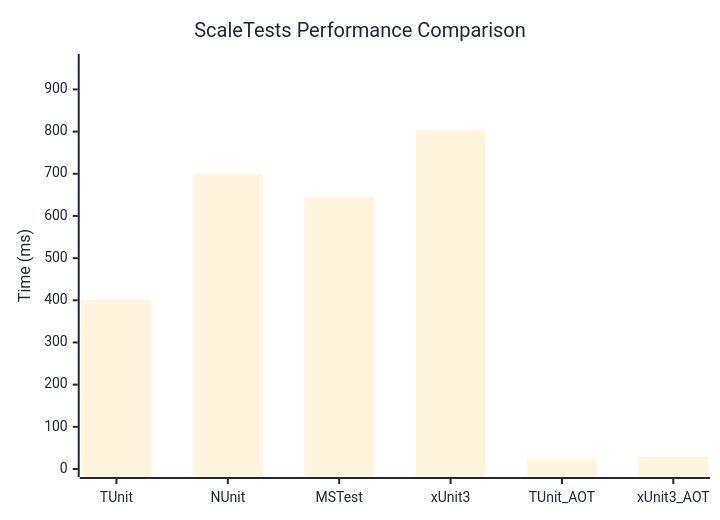
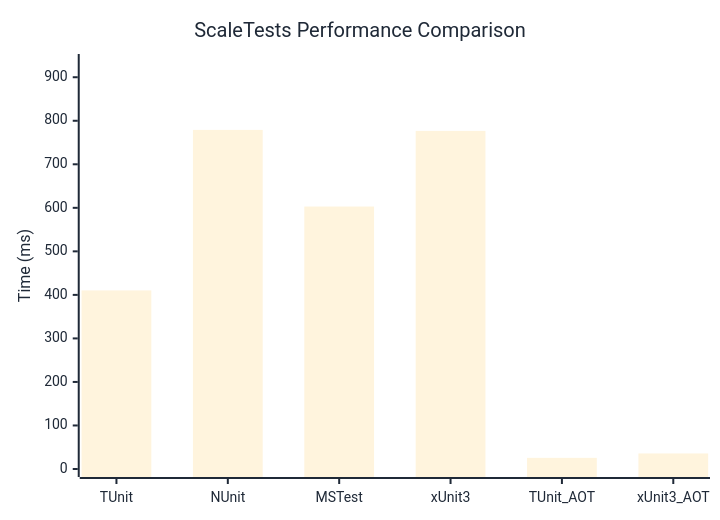
The diagram in docs/docs/benchmarks/engine/ScaleTests.md (thomhurst/TUnit), drawn with Mermaid before and after one commit. The commit also changed other lines of this file and 18 other files, not shown here.

````diff
--- a/docs/docs/benchmarks/engine/ScaleTests.md
+++ b/docs/docs/benchmarks/engine/ScaleTests.md
@@ -30,37 +30,37 @@
 ```mermaid
 %%{init: {
   'theme':'base',
   'themeVariables': {
     'primaryColor': '#2563eb',
     'primaryTextColor': '#1f2937',
     'primaryBorderColor': '#1e40af',
     'lineColor': '#6b7280',
     'secondaryColor': '#7c3aed',
     'tertiaryColor': '#dc2626',
     'background': '#ffffff',
     'mainBkg': '#2563eb',
     'secondBkg': '#7c3aed',
     'tertiaryBkg': '#dc2626',
     'clusterBkg': '#f3f4f6',
     'edgeLabelBackground': '#ffffff',
     'tertiaryTextColor': '#1f2937',
     'pie1': '#2563eb',
     'pie2': '#7c3aed',
     'pie3': '#dc2626',
     'pie4': '#f59e0b',
     'pie5': '#10b981',
     'pie6': '#06b6d4',
     'pie7': '#ec4899',
     'pie8': '#6366f1',
     'pie9': '#84cc16',
     'pie10': '#f97316',
     'pie11': '#14b8a6',
     'pie12': '#a855f7'
   }
 }}%%
 xychart-beta
   title "ScaleTests Performance Comparison"
   x-axis ["TUnit", "NUnit", "MSTest", "xUnit3", "TUnit_AOT", "xUnit3_AOT"]
-  y-axis "Time (ms)" 0 --> 965
-  bar [401.48, 699.73, 644.21, 803.38, 24.1, 28.47]
+  y-axis "Time (ms)" 0 --> 935
+  bar [410.28, 779.01, 602.94, 776.74, 25.61, 35.74]
 ```
````
